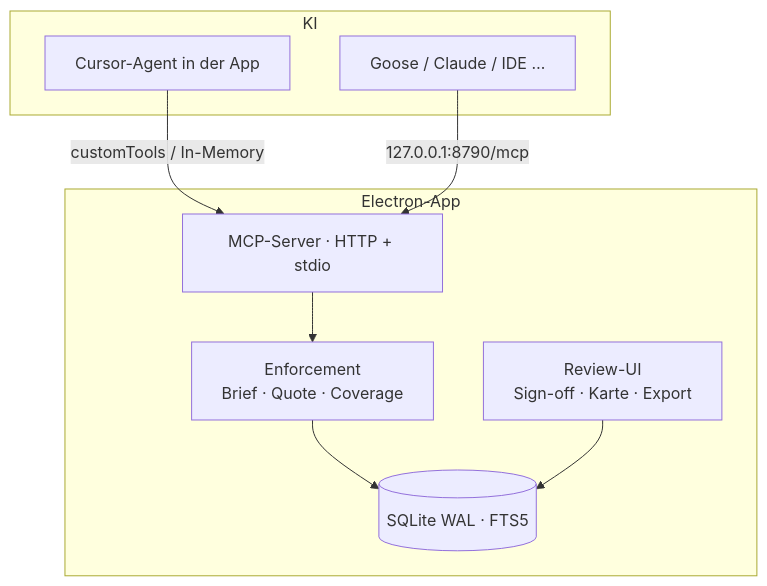
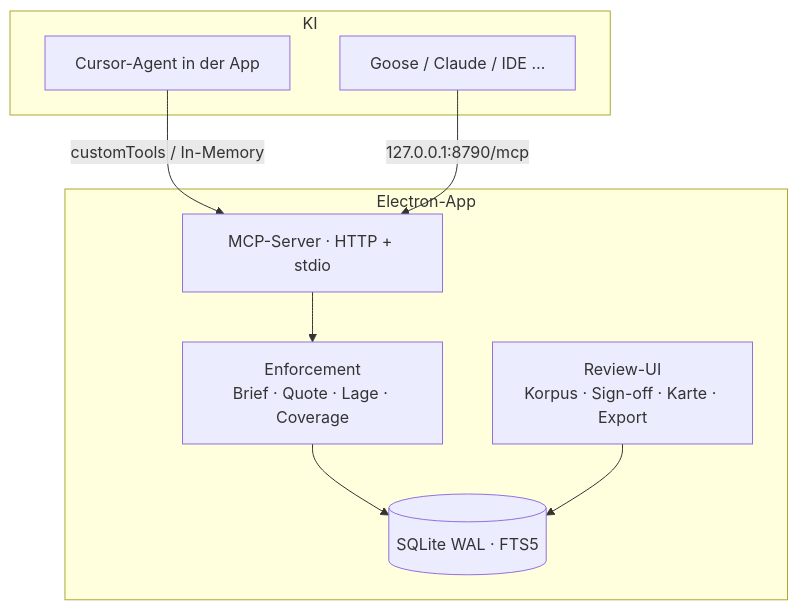
One commit to renejes/apropos changed the second of 2 diagrams in README.md. Above: the diagram before and after it, drawn with Mermaid. The commit also changed other lines of this file, not shown here.

Commit message:
Zieht das README auf Korpus, Such-Lage und den aktuellen Alltagsweg.

````diff
--- a/README.md
+++ b/README.md
@@ -82,19 +92,19 @@
 ```mermaid
 flowchart TB
     subgraph clients [KI]
         Cursor[Cursor-Agent in der App]
         Others[Goose / Claude / IDE …]
     end
 
     subgraph app [Electron-App]
         MCP[MCP-Server · HTTP + stdio]
-        Enforce[Enforcement<br/>Brief · Quote · Coverage]
+        Enforce[Enforcement<br/>Brief · Quote · Lage · Coverage]
         DB[(SQLite WAL · FTS5)]
-        UI[Review-UI<br/>Sign-off · Karte · Export]
+        UI[Review-UI<br/>Korpus · Sign-off · Karte · Export]
     end
 
     Cursor -->|customTools / In-Memory| MCP
     Others -->|127.0.0.1:8790/mcp| MCP
     MCP --> Enforce --> DB
     UI --> DB
 ```
````
